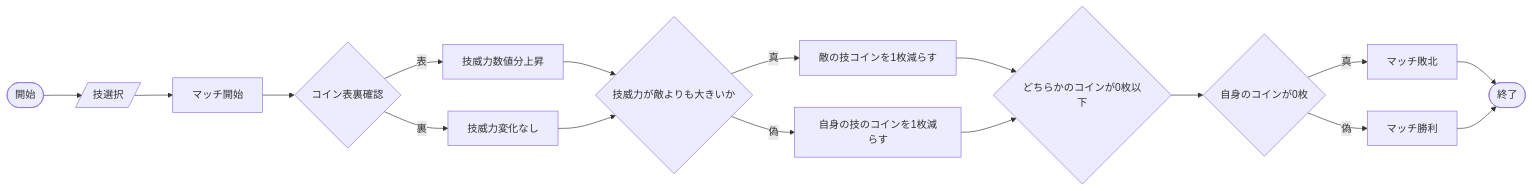
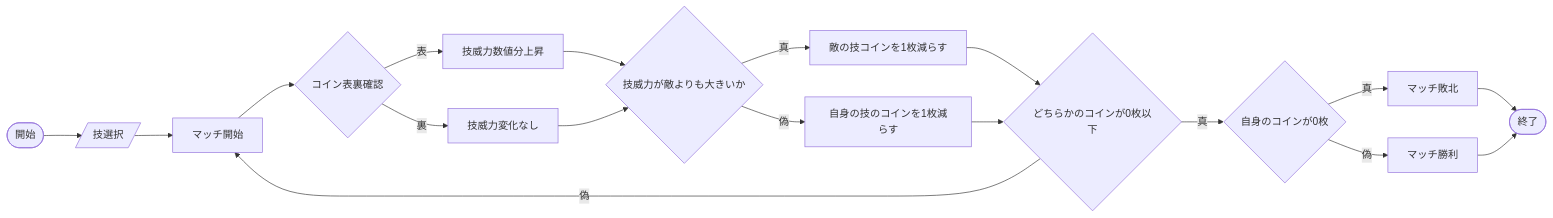
One commit to tpu-game-2023/mermaid_test changed the first of 3 diagrams in README.md. Above: the diagram before and after it, drawn with Mermaid.

Commit message:
見取り図最終調整

````diff
--- a/README.md
+++ b/README.md
@@ -20,19 +20,20 @@
 ```mermaid
 flowchart LR;
    A([開始]) --> B[/技選択/];
    B --> C[マッチ開始];
    C --> D{コイン表裏確認};
    D --表-->E[技威力数値分上昇];
    D --裏--> F[技威力変化なし];
    E-->G{技威力が敵よりも大きいか};
    F-->G;
    G--真-->H[敵の技コインを1枚減らす];
    G--偽-->I[自身の技のコインを1枚減らす];
    H-->J{どちらかのコインが0枚以下};
    I-->J
-   J-->K{自身のコインが0枚};
+   J--真-->K{自身のコインが0枚};
+   J--偽-->C
    K--真-->L[マッチ敗北];
    K--偽-->M[マッチ勝利];;
    L-->N([終了]);
    M-->N;
 ```
````
